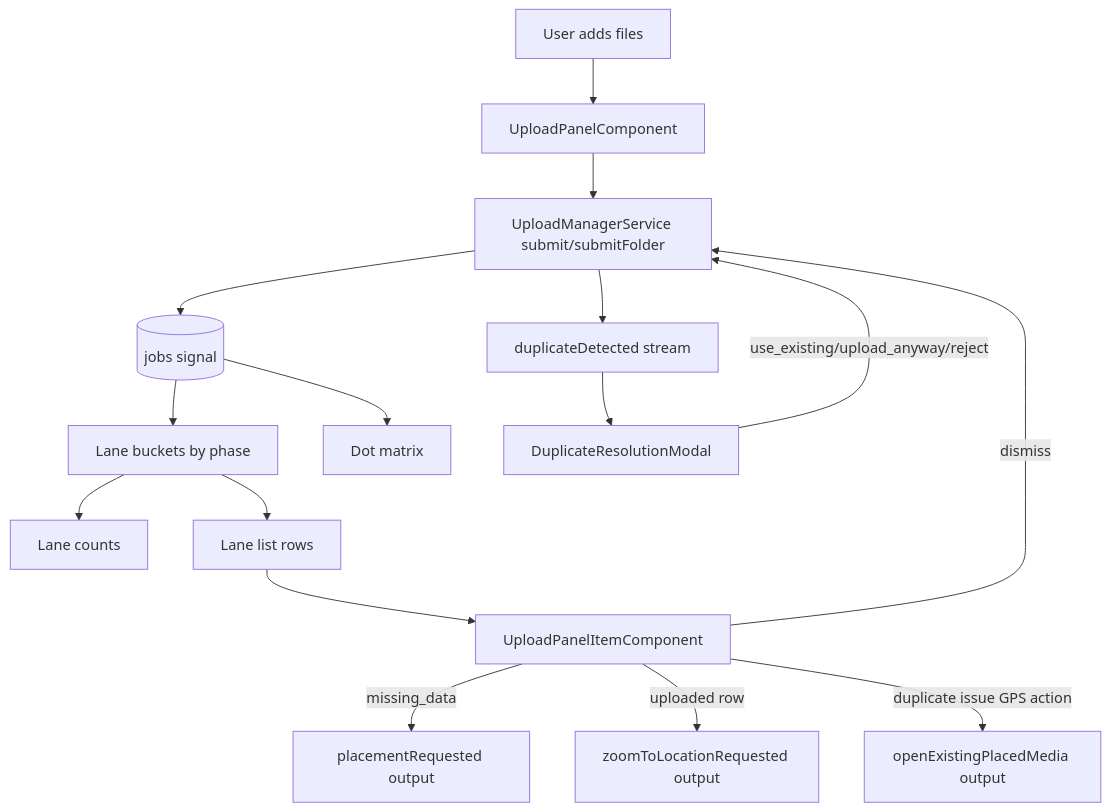
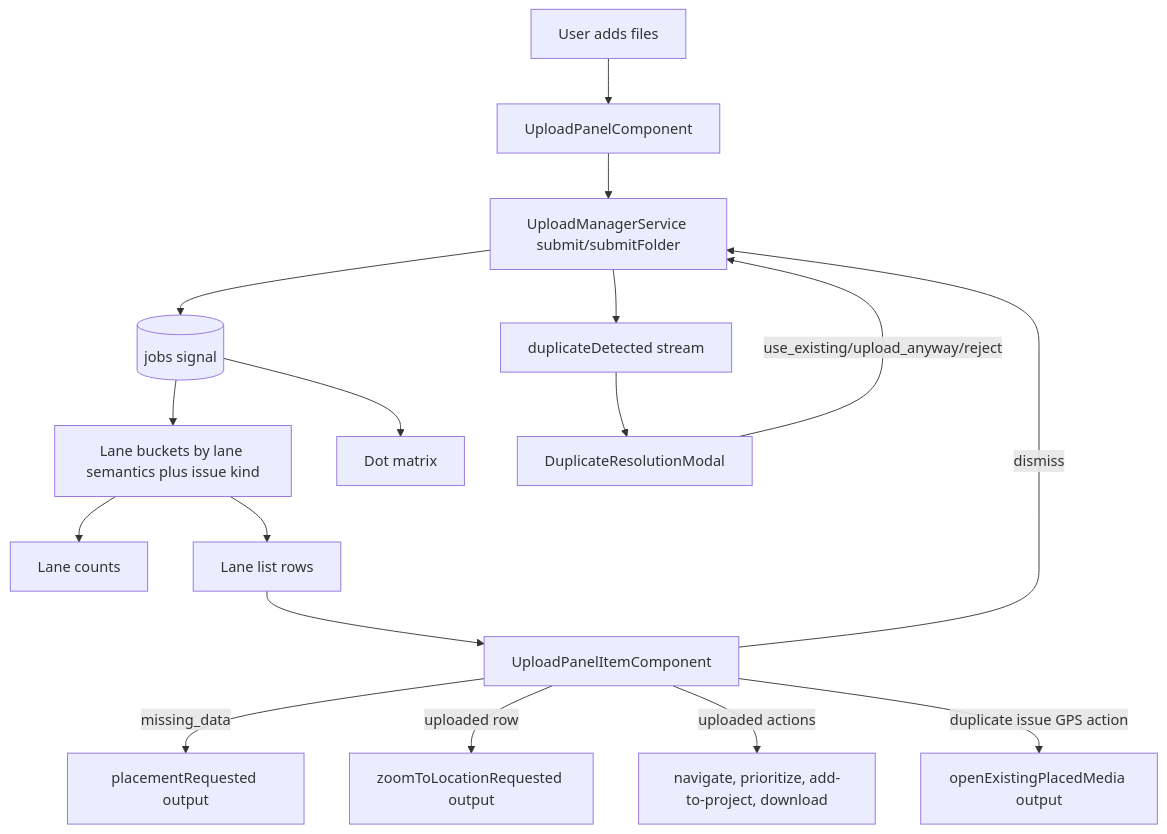
Before and after one commit to matkleve/feldpost: the first of 6 diagrams in docs/element-specs/upload-panel.md, drawn with Mermaid. The commit also changed other lines of this file and 23 other files, not shown here.

````diff
--- a/docs/element-specs/upload-panel.md
+++ b/docs/element-specs/upload-panel.md
@@ -93,18 +112,19 @@
 ```mermaid
 flowchart TD
   U[User adds files] --> P[UploadPanelComponent]
   P --> M[UploadManagerService submit/submitFolder]
   M --> J[(jobs signal)]
   M --> DD[duplicateDetected stream]
-  J --> B[Lane buckets by phase]
+  J --> B[Lane buckets by lane semantics plus issue kind]
   B --> C[Lane counts]
   B --> L[Lane list rows]
   J --> D[Dot matrix]
   L --> I[UploadPanelItemComponent]
   I -->|missing_data| R[placementRequested output]
   I -->|uploaded row| Z[zoomToLocationRequested output]
+  I -->|uploaded actions| ZA[navigate, prioritize, add-to-project, download]
   I -->|duplicate issue GPS action| Z2[openExistingPlacedMedia output]
   DD --> DM[DuplicateResolutionModal]
   DM -->|use_existing/upload_anyway/reject| M
   I -->|dismiss| M
 ```
````
